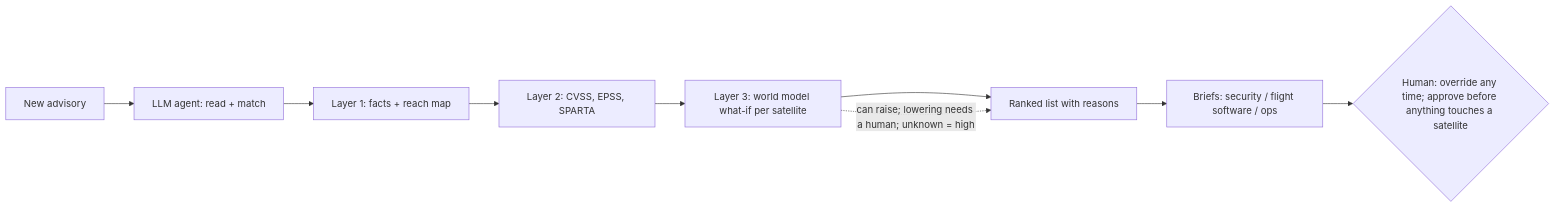
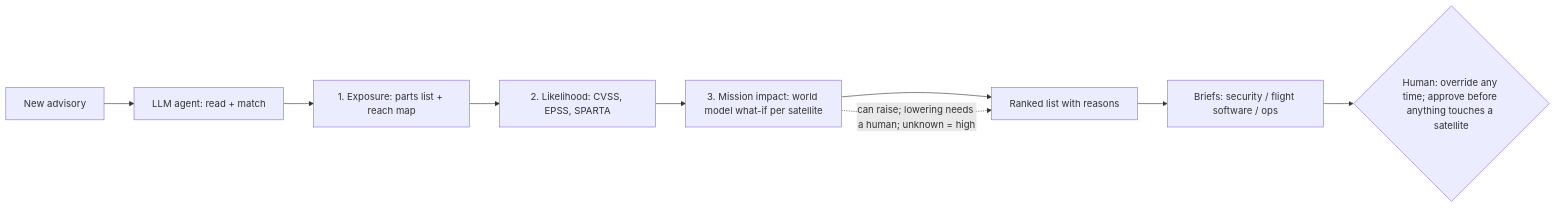
The diagram in report/Periapt_Report_Draft.md (YashVerma-251103/BAI-Midterm-Project-Periapt), drawn with Mermaid before and after one commit. The commit also changed other lines of this file, not shown here.

First line of the commit message:
docs(report): no-repetition pass; fix stale hand-check wording and mermaid layer names

````diff
--- a/report/Periapt_Report_Draft.md
+++ b/report/Periapt_Report_Draft.md
@@ -61,11 +61,11 @@
 ```mermaid
 flowchart LR
   A[New advisory] --> B[LLM agent: read + match]
-  B --> C[Layer 1: facts + reach map]
-  C --> D[Layer 2: CVSS, EPSS, SPARTA]
-  D --> E[Layer 3: world model what-if per satellite]
+  B --> C[1. Exposure: parts list + reach map]
+  C --> D[2. Likelihood: CVSS, EPSS, SPARTA]
+  D --> E[3. Mission impact: world model what-if per satellite]
   E --> F[Ranked list with reasons]
   F --> G[Briefs: security / flight software / ops]
   G --> H{Human: override any time; approve before anything touches a satellite}
   E -. "can raise; lowering needs a human; unknown = high" .-> F
 ```
````
